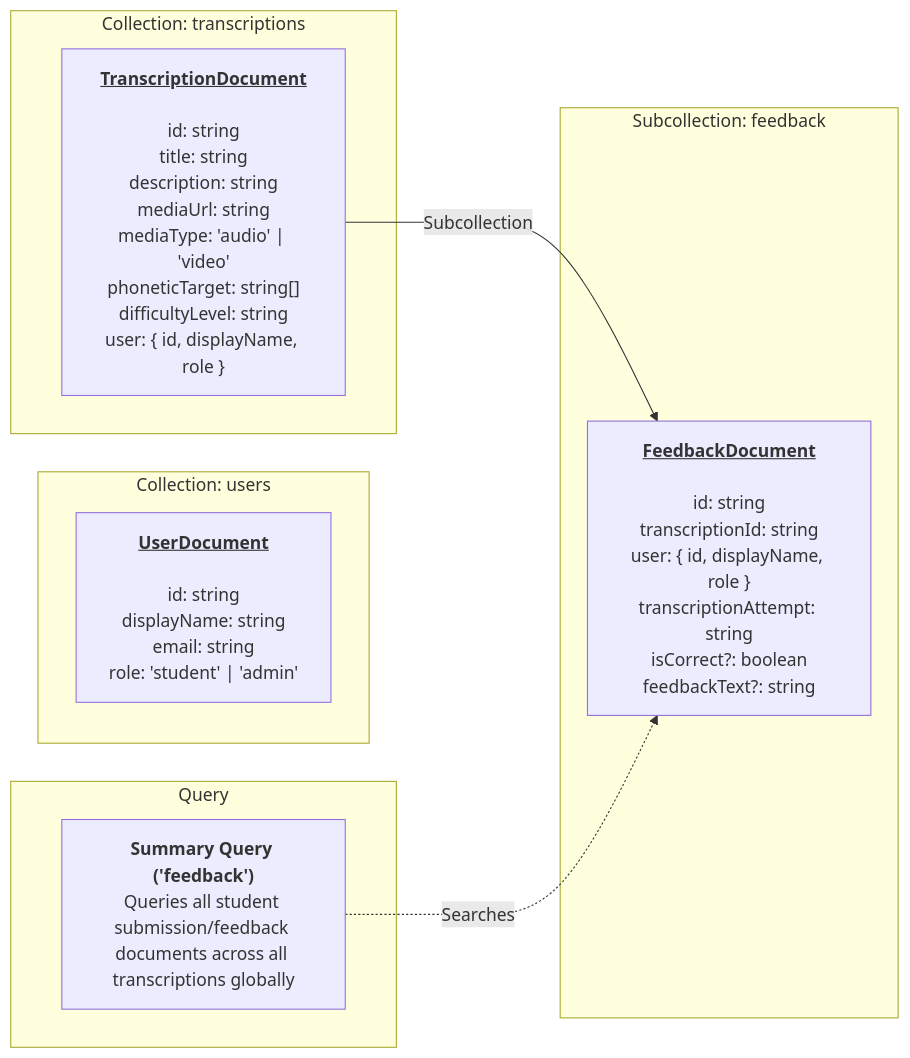
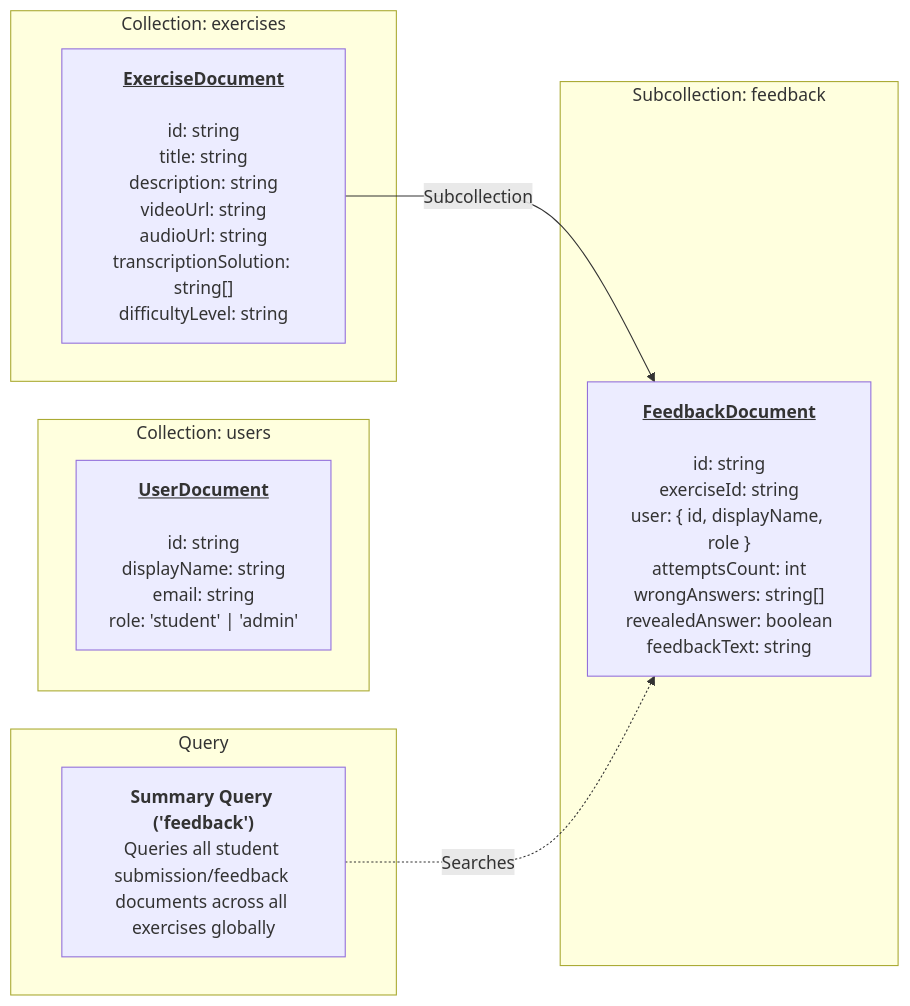
The third of 3 diagrams in nosqlschema.md (ScotSoundsDevelopment/ScottishSounds), drawn with Mermaid before and after one commit. The commit also changed other lines of this file, not shown here.

Commit message:
Refined the schema in line with code review and MVP

````diff
--- a/nosqlschema.md
+++ b/nosqlschema.md
@@ -1,22 +37,23 @@
 ``` mermaid
 flowchart LR
     subgraph Users ["Collection: users"]
         UserDoc["<b><u>UserDocument</u></b><br/><br/> id: string<br/>displayName: string<br/>email: string<br/>role: 'student' | 'admin'<br/>"]
     end
 
-    subgraph Transcription ["Collection: transcriptions"]
-        TranscriptionDoc["<b><u>TranscriptionDocument</u></b><br/><br/>id: string<br/>title: string<br/>description: string<br/>mediaUrl: string<br/>mediaType: 'audio' | 'video'<br/>phoneticTarget: string[]<br/>difficultyLevel: string<br/>user: { id, displayName, role }<br/>"]
+    subgraph Exercise ["Collection: exercises"]
+        ExerciseDoc["<b><u>ExerciseDocument</u></b><br/><br/>id: string<br/>title: string<br/>description: string<br/>videoUrl: string<br/>audioUrl: string<br/>transcriptionSolution: string[]<br/>difficultyLevel: string<br/>"]
     end
 
     subgraph Feedback ["Subcollection: feedback"]
-        FeedbackDoc["<b><u>FeedbackDocument</u></b><br/><br/>id: string<br/>transcriptionId: string<br/>user: { id, displayName, role }<br/>transcriptionAttempt: string<br/>isCorrect?: boolean<br/>feedbackText?: string<br/>"]
+        FeedbackDoc["<b><u>FeedbackDocument</u></b><br/><br/>id: string<br/>exerciseId: string<br/>user: { id, displayName, role }<br/>attemptsCount: int<br/>wrongAnswers: string[]<br/>revealedAnswer: boolean<br/>feedbackText: string<br/>"]
     end
-    TranscriptionDoc -->|"Subcollection"| FeedbackDoc
+
+    ExerciseDoc -->|"Subcollection"| FeedbackDoc
 
     subgraph searches ["Query"]
-        CGQ["<b>Summary Query ('feedback')</b><br/>Queries all student submission/feedback documents across all transcriptions globally"]
+        CGQ["<b>Summary Query ('feedback')</b><br/>Queries all student submission/feedback documents across all exercises globally"]
     end
 
     CGQ -.->|"Searches"| FeedbackDoc
 
 ```
````
